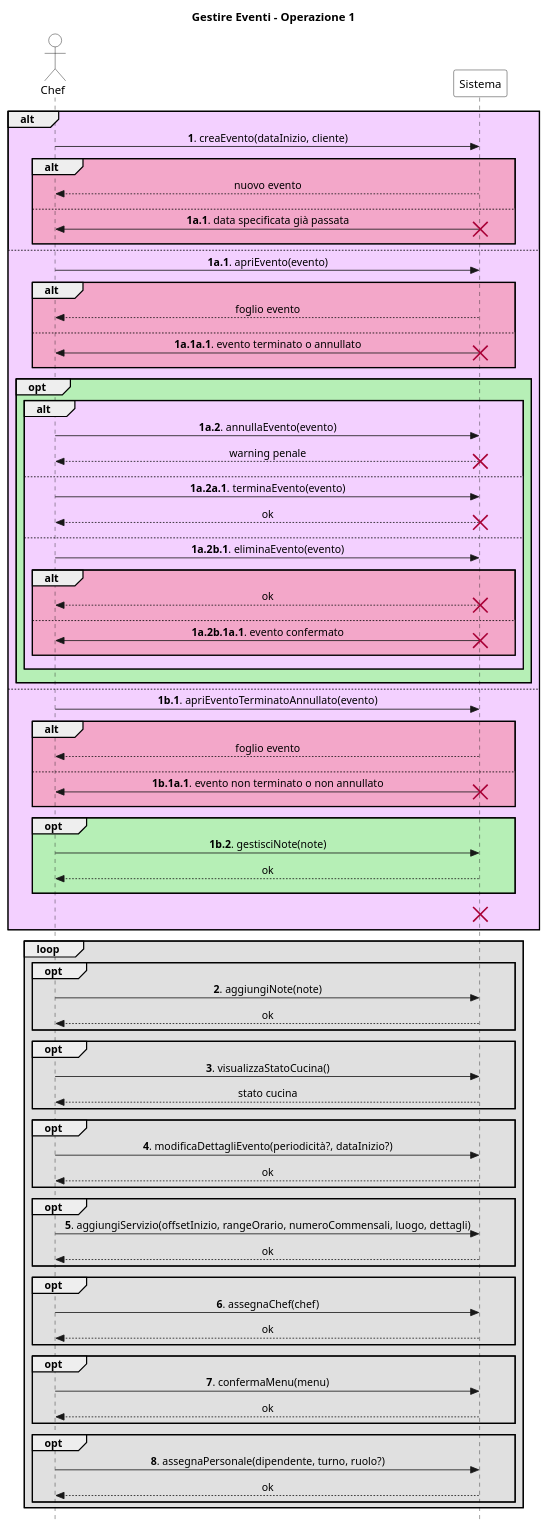
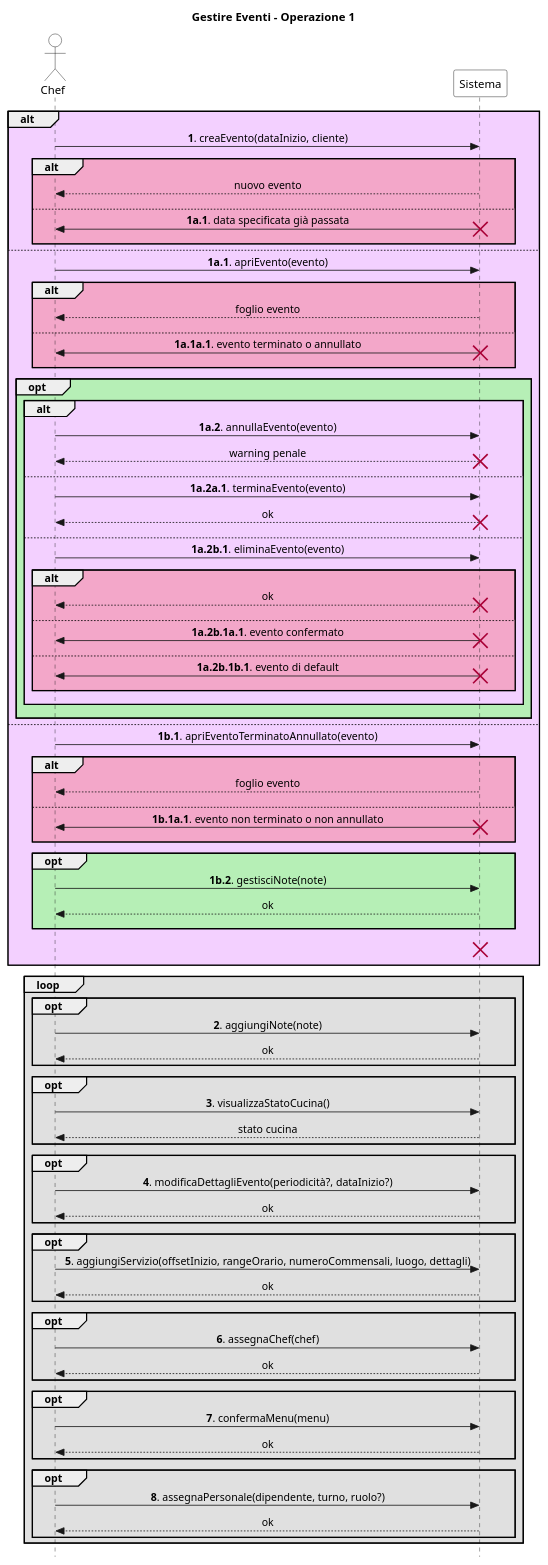
One commit to stefa168/sas-project changed the diagram in UP/Requisiti/UC Gestire Eventi/SSD/Estensioni-Eccezioni Op1.puml. Above: the diagram before and after it, drawn with PlantUML. The commit also changed 3 other files, not shown here.

```diff
--- a/UP/Requisiti/UC Gestire Eventi/SSD/Estensioni-Eccezioni Op1.puml
+++ b/UP/Requisiti/UC Gestire Eventi/SSD/Estensioni-Eccezioni Op1.puml
@@ -1,124 +1,128 @@
 @startuml
 skinparam Style strictuml
 skinparam SequenceMessageAlign center
 
 skinparam sequence {
     ActorBorderColor Black
     ActorBackgroundColor White
     ParticipantBorderColor Black
     ParticipantBackgroundColor White
 }
 
 actor Chef
 participant Sistema
 
 title Gestire Eventi - Operazione 1
 
 alt #f3d0ff
     Chef -> Sistema: **1**. creaEvento(dataInizio, cliente)
     alt #f3a7c9
         return nuovo evento
         ||10||
     else
         Chef <- Sistema: **1a.1**. data specificata già passata
         destroy Sistema
         ||10||
     end
 else
     Chef -> Sistema: **1a.1**. apriEvento(evento)
     alt #f3a7c9
         return foglio evento
         ||10||
     else
         Chef <- Sistema: **1a.1a.1**. evento terminato o annullato
         destroy Sistema
         ||10||
     end
 
     opt #b6efb6
         alt #f3d0ff
             Chef -> Sistema: **1a.2**. annullaEvento(evento)
             return warning penale
             destroy Sistema
             ||10||
         else
             Chef -> Sistema: **1a.2a.1**. terminaEvento(evento)
             return ok
             destroy Sistema
             ||10||
         else
             Chef -> Sistema: **1a.2b.1**. eliminaEvento(evento)
             alt #f3a7c9
                 return ok
                 destroy Sistema
                 ||10||
             else
                Chef <- Sistema: **1a.2b.1a.1**. evento confermato
                destroy Sistema
                ||10||
+            else
+                Chef <- Sistema: **1a.2b.1b.1**. evento di default
+                destroy Sistema
+                ||10||
             end
             ||10||
         end
         ' non abbiamo modo di modificare il colore della X
         ||10||
     end
 else
     Chef -> Sistema: **1b.1**. apriEventoTerminatoAnnullato(evento)
     alt #f3a7c9
         return foglio evento
         ||10||
     else
         Chef <- Sistema: **1b.1a.1**. evento non terminato o non annullato
         destroy Sistema
         ||10||
     end
 
     opt #b6efb6
         Chef -> Sistema: **1b.2**. gestisciNote(note)
         return ok
         ||10||
     end
 
     ||10||
     destroy Sistema
 '    note over Chef, Sistema #fff: Il caso d'uso termina.
     ||10||
 end
 
 loop #e0e0e0
     opt #e0e0e0
         Chef -> Sistema: **2**. aggiungiNote(note)
         return ok
     end
 
     opt #e0e0e0
         Chef -> Sistema: **3**. visualizzaStatoCucina()
         return stato cucina
     end
 
     opt #e0e0e0
         Chef -> Sistema: **4**. modificaDettagliEvento(periodicità?, dataInizio?)
         return ok
     end
 
     opt #e0e0e0
         Chef -> Sistema: **5**. aggiungiServizio(offsetInizio, rangeOrario, numeroCommensali, luogo, dettagli)
         return ok
     end
 
     opt #e0e0e0
         Chef -> Sistema: **6**. assegnaChef(chef)
         return ok
     end
 
     opt #e0e0e0
         Chef -> Sistema: **7**. confermaMenu(menu)
         return ok
     end
 
     opt #e0e0e0
         Chef -> Sistema: **8**. assegnaPersonale(dipendente, turno, ruolo?)
         return ok
     end
 end
 @enduml
```
